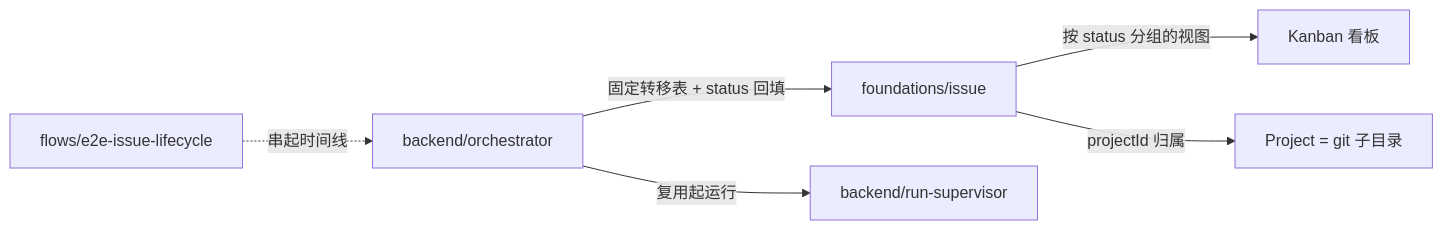
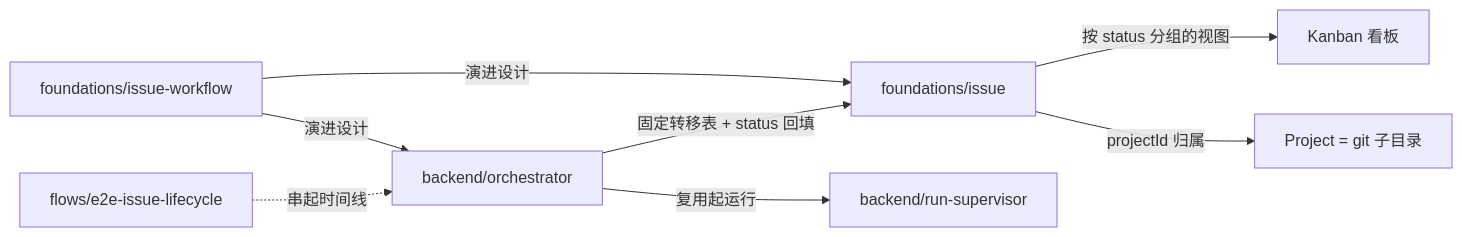
One commit to Chengchcc/my-agent-team changed the third of 3 diagrams in docs/architecture/map.md. Above: the diagram before and after it, drawn with Mermaid. The commit also changed other lines of this file and 32 other files, not shown here.

````diff
--- a/docs/architecture/map.md
+++ b/docs/architecture/map.md
@@ -48,8 +48,10 @@
 ```mermaid
 flowchart LR
   Issue[foundations/issue] -->|按 status 分组的视图| Kanban[Kanban 看板]
   Issue -->|projectId 归属| Project[Project = git 子目录]
+  WF[foundations/issue-workflow] -->|演进设计| Issue
+  WF -->|演进设计| Orch
   Orch[backend/orchestrator] -->|固定转移表 + status 回填| Issue
   Orch -->|复用起运行| RS[backend/run-supervisor]
   Flow[flows/e2e-issue-lifecycle] -.串起时间线.-> Orch
 ```
````
